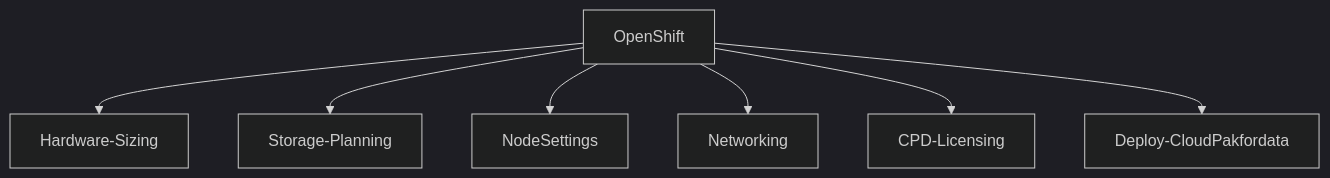
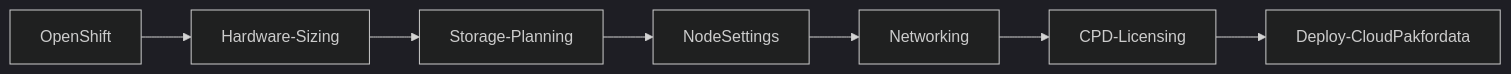
The first of 4 diagrams in cpd45-deployment.md (ekambaraml/IBM-Cloud-Pak-for-Data), drawn with Mermaid (dark theme) before and after one commit. The commit also changed other lines of this file, not shown here.

````diff
--- a/cpd45-deployment.md
+++ b/cpd45-deployment.md
@@ -66,10 +66,9 @@
 ```mermaid
-graph TD;
+flowchart LR;
     OpenShift --> Hardware-Sizing
-    OpenShift --> Storage-Planning
-    OpenShift --> NodeSettings
-    OpenShift --> Networking
-    OpenShift --> CPD-Licensing
-    OpenShift --> Deploy-CloudPakfordata
-
+    Hardware-Sizing --> Storage-Planning
+    Storage-Planning --> NodeSettings
+    NodeSettings --> Networking
+    Networking --> CPD-Licensing
+    CPD-Licensing --> Deploy-CloudPakfordata
 ```
````
